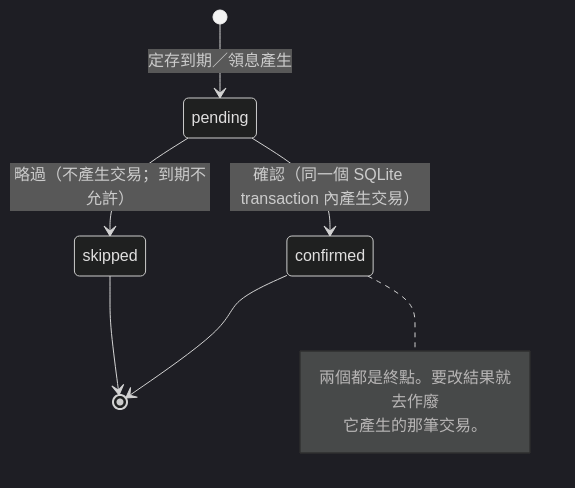
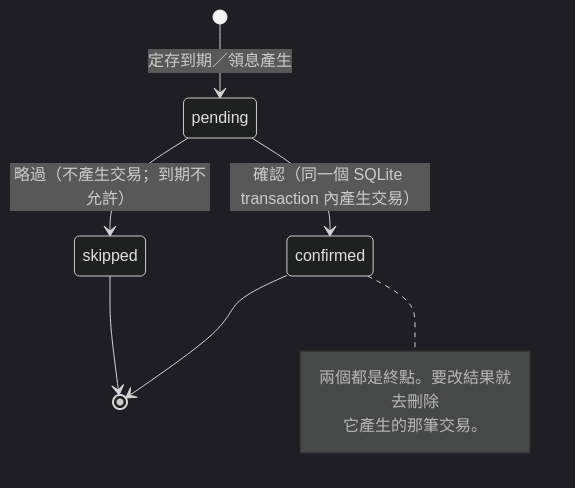
The third of 5 diagrams in docs/architecture/state-machines.md (SpringRain555/tagcor-ledger), drawn with Mermaid (dark theme) before and after one commit. The commit also changed other lines of this file and 20 other files, not shown here.

````diff
--- a/docs/architecture/state-machines.md
+++ b/docs/architecture/state-machines.md
@@ -152,12 +155,12 @@
 ```mermaid
 stateDiagram-v2
     [*] --> pending: 定存到期／領息產生
     pending --> confirmed: 確認（同一個 SQLite transaction 內產生交易）
     pending --> skipped: 略過（不產生交易；到期不允許）
     confirmed --> [*]
     skipped --> [*]
     note right of confirmed
-        兩個都是終點。要改結果就去作廢
+        兩個都是終點。要改結果就去刪除
         它產生的那筆交易。
     end note
 ```
````
